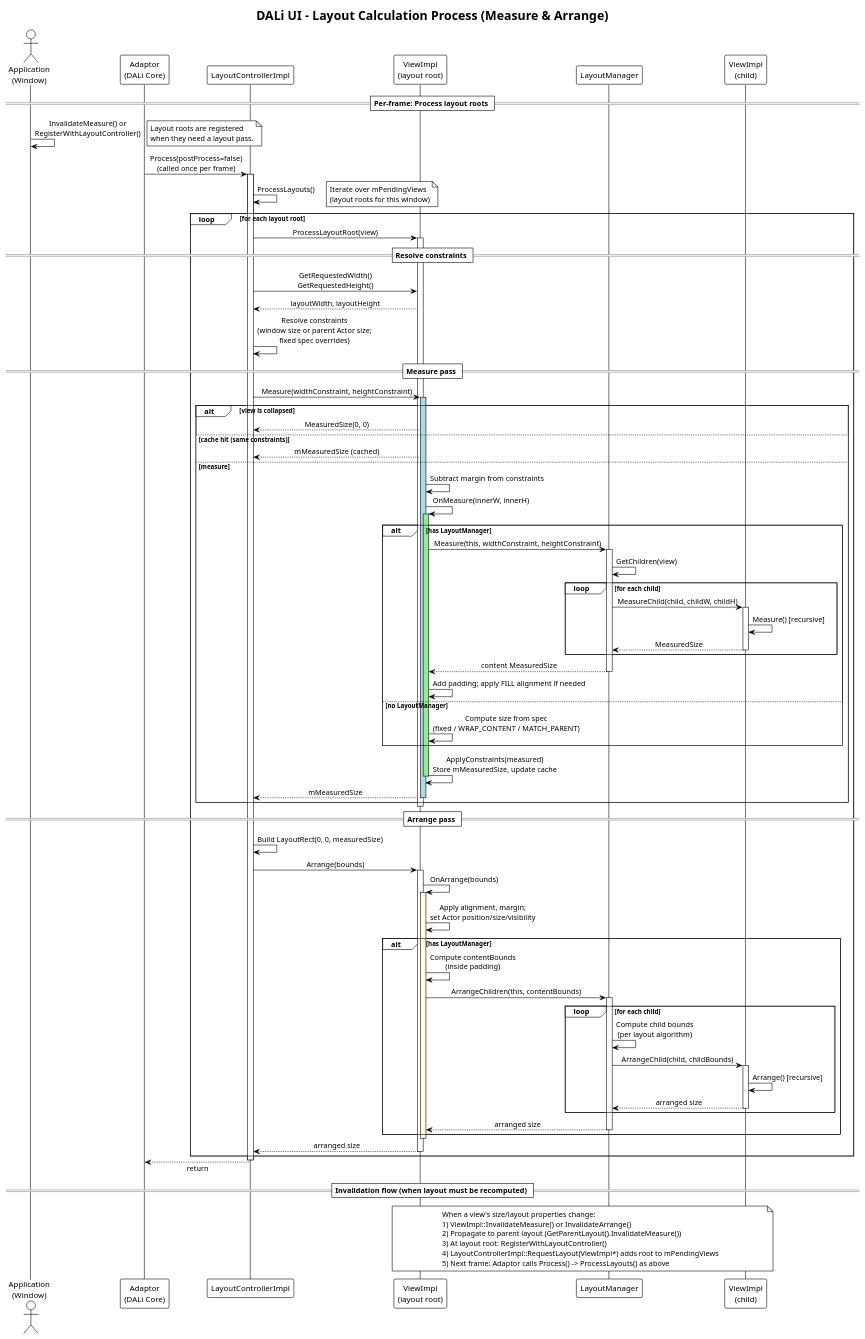
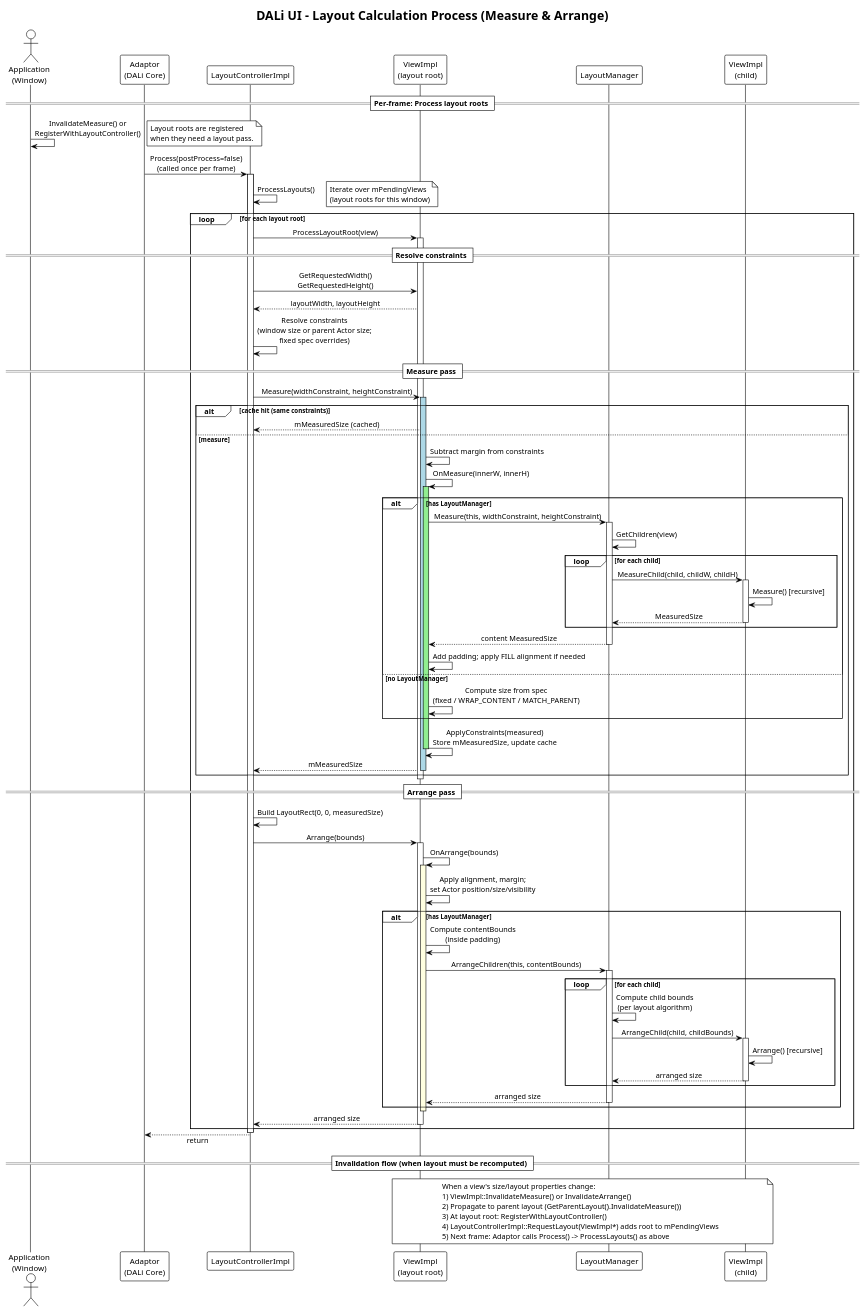
One commit to dalihub/dali-ui changed the diagram in docs/layout-sequence-diagram.puml. Above: the diagram before and after it, drawn with PlantUML. The commit also changed 2 other files, not shown here.

Commit message:
Remove leftover collapsed references from docs and tests

```diff
--- a/docs/layout-sequence-diagram.puml
+++ b/docs/layout-sequence-diagram.puml
@@ -1,116 +1,114 @@
 @startuml layout-calculation-sequence
 !theme plain
 title DALi UI - Layout Calculation Process (Measure & Arrange)
 
 ' Public API: child add/remove uses Actor::Add/Remove; Measure/Arrange are invoked by the layout system.
 ' This sequence shows the internal flow (ViewImpl, LayoutManager).
 
 skinparam sequenceMessageAlign center
 skinparam responseMessageBelowArrow true
 
 actor "Application\n(Window)" as App
 participant "Adaptor\n(DALi Core)" as Adaptor
 participant "LayoutControllerImpl" as LC
 participant "ViewImpl\n(layout root)" as Root
 participant "LayoutManager" as LM
 participant "ViewImpl\n(child)" as Child
 
 == Per-frame: Process layout roots ==
 App -> App : InvalidateMeasure() or\nRegisterWithLayoutController()
 note right: Layout roots are registered\nwhen they need a layout pass.
 
 Adaptor -> LC : Process(postProcess=false)\n(called once per frame)
 activate LC
 
 LC -> LC : ProcessLayouts()
 note right: Iterate over mPendingViews\n(layout roots for this window)
 
 loop for each layout root
   LC -> Root : ProcessLayoutRoot(view)
   activate Root
 
   == Resolve constraints ==
   LC -> Root : GetRequestedWidth()\nGetRequestedHeight()
   Root --> LC : layoutWidth, layoutHeight
   LC -> LC : Resolve constraints\n(window size or parent Actor size;\nfixed spec overrides)
 
   == Measure pass ==
   LC -> Root : Measure(widthConstraint, heightConstraint)
   activate Root #LightBlue
 
-  alt view is collapsed
-    Root --> LC : MeasuredSize(0, 0)
-  else cache hit (same constraints)
+  alt cache hit (same constraints)
     Root --> LC : mMeasuredSize (cached)
   else measure
     Root -> Root : Subtract margin from constraints
     Root -> Root : OnMeasure(innerW, innerH)
     activate Root #LightGreen
 
     alt has LayoutManager
       Root -> LM : Measure(this, widthConstraint, heightConstraint)
       activate LM
       LM -> LM : GetChildren(view)
       loop for each child
         LM -> Child : MeasureChild(child, childW, childH)
         activate Child
         Child -> Child : Measure() [recursive]
         Child --> LM : MeasuredSize
         deactivate Child
       end
       LM --> Root : content MeasuredSize
       deactivate LM
       Root -> Root : Add padding; apply FILL alignment if needed
     else no LayoutManager
       Root -> Root : Compute size from spec\n(fixed / WRAP_CONTENT / MATCH_PARENT)
     end
     Root -> Root : ApplyConstraints(measured)\nStore mMeasuredSize, update cache
     deactivate Root
     Root --> LC : mMeasuredSize
     deactivate Root
   end
   deactivate Root
 
   == Arrange pass ==
   LC -> LC : Build LayoutRect(0, 0, measuredSize)
   LC -> Root : Arrange(bounds)
   activate Root
 
   Root -> Root : OnArrange(bounds)
   activate Root #LightYellow
   Root -> Root : Apply alignment, margin;\nset Actor position/size/visibility
 
   alt has LayoutManager
     Root -> Root : Compute contentBounds\n(inside padding)
     Root -> LM : ArrangeChildren(this, contentBounds)
     activate LM
     loop for each child
       LM -> LM : Compute child bounds\n(per layout algorithm)
       LM -> Child : ArrangeChild(child, childBounds)
       activate Child
       Child -> Child : Arrange() [recursive]
       Child --> LM : arranged size
       deactivate Child
     end
     LM --> Root : arranged size
     deactivate LM
   end
   deactivate Root
   Root --> LC : arranged size
   deactivate Root
 
 end
 deactivate LC
 Adaptor <-- LC : return
 
 == Invalidation flow (when layout must be recomputed) ==
 note over Root, Child
   When a view's size/layout properties change:
   1) ViewImpl::InvalidateMeasure() or InvalidateArrange()
   2) Propagate to parent layout (GetParentLayout().InvalidateMeasure())
   3) At layout root: RegisterWithLayoutController()
   4) LayoutControllerImpl::RequestLayout(ViewImpl*) adds root to mPendingViews
   5) Next frame: Adaptor calls Process() -> ProcessLayouts() as above
 end note
 
 @enduml
```
